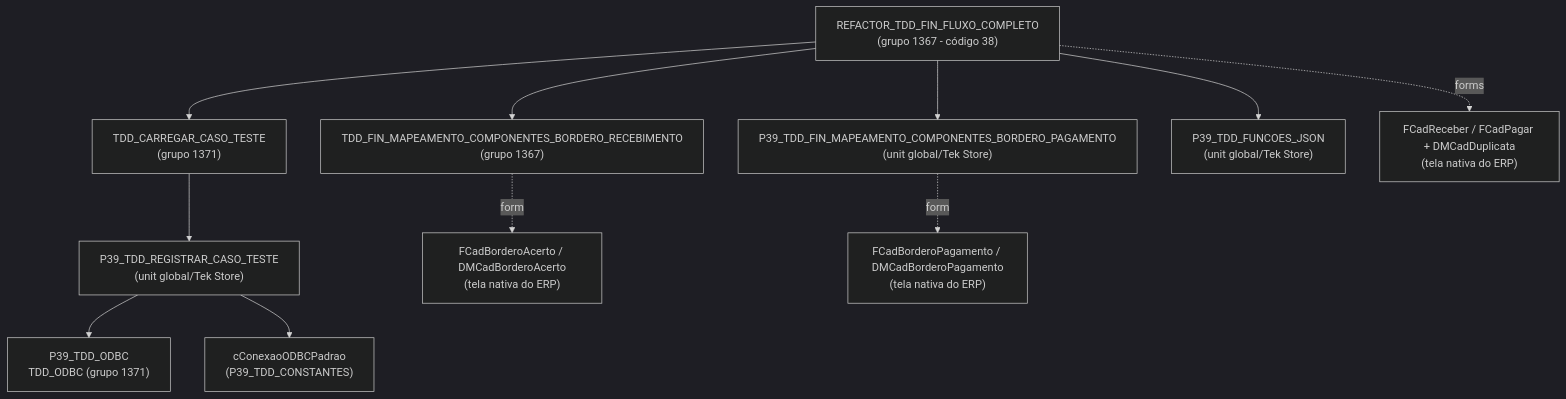
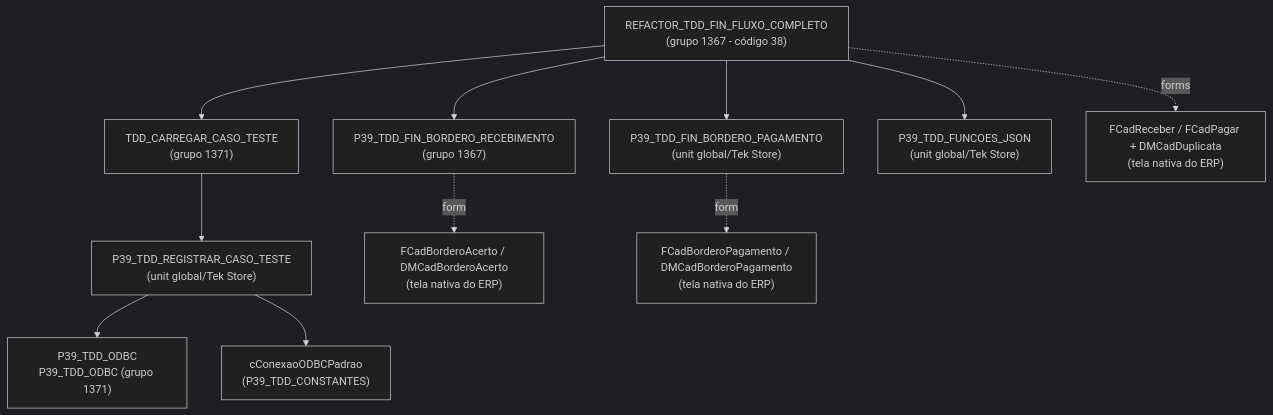
Before and after one commit to ModulosTestesAutomatizados/TestesAutomatizadosERP: the first of 2 diagrams in docs/MAPEAMENTO_AST_USES_UNITS/historico/financeiro/REFACTOR_TDD_FIN_FLUXO_COMPLETO.md, drawn with Mermaid (dark theme). The commit also changed other lines of this file and 79 other files, not shown here.

````diff
--- a/docs/MAPEAMENTO_AST_USES_UNITS/historico/financeiro/REFACTOR_TDD_FIN_FLUXO_COMPLETO.md
+++ b/docs/MAPEAMENTO_AST_USES_UNITS/historico/financeiro/REFACTOR_TDD_FIN_FLUXO_COMPLETO.md
@@ -13,15 +13,15 @@
 ```mermaid
 graph TD
     A["REFACTOR_TDD_FIN_FLUXO_COMPLETO<br/>(grupo 1367 - código 38)"] --> B["TDD_CARREGAR_CASO_TESTE<br/>(grupo 1371)"]
-    A --> C["TDD_FIN_MAPEAMENTO_COMPONENTES_BORDERO_RECEBIMENTO<br/>(grupo 1367)"]
-    A --> D["P39_TDD_FIN_MAPEAMENTO_COMPONENTES_BORDERO_PAGAMENTO<br/>(unit global/Tek Store)"]
+    A --> C["P39_TDD_FIN_BORDERO_RECEBIMENTO<br/>(grupo 1367)"]
+    A --> D["P39_TDD_FIN_BORDERO_PAGAMENTO<br/>(unit global/Tek Store)"]
     A --> E["P39_TDD_FUNCOES_JSON<br/>(unit global/Tek Store)"]
 
     B --> F["P39_TDD_REGISTRAR_CASO_TESTE<br/>(unit global/Tek Store)"]
-    F --> G["P39_TDD_ODBC<br/>TDD_ODBC (grupo 1371)"]
+    F --> G["P39_TDD_ODBC<br/>P39_TDD_ODBC (grupo 1371)"]
     F --> H["cConexaoODBCPadrao<br/>(P39_TDD_CONSTANTES)"]
 
     C -.->|form| I["FCadBorderoAcerto / DMCadBorderoAcerto<br/>(tela nativa do ERP)"]
     D -.->|form| J["FCadBorderoPagamento / DMCadBorderoPagamento<br/>(tela nativa do ERP)"]
     A -.->|forms| K["FCadReceber / FCadPagar + DMCadDuplicata<br/>(tela nativa do ERP)"]
 ```
````
